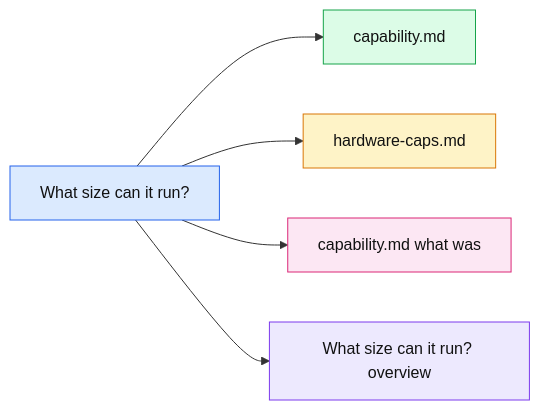
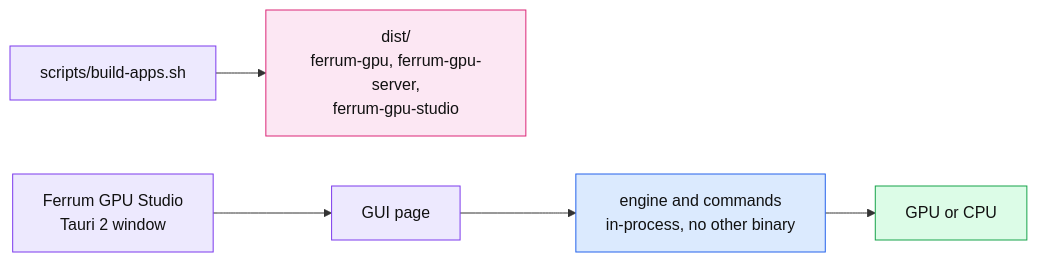
Before and after one commit to thomascherickal/ferrum-gpu: diagram 11 of 21 in readme.md, drawn with Mermaid. The commit also changed other lines of this file and 4 other files, not shown here.

First line of the commit message:
docs: hand-drawn data-flow diagrams for the readme, architecture and GUI pages

````diff
--- a/readme.md
+++ b/readme.md
@@ -318,13 +317,12 @@
 ```mermaid
 flowchart LR
-    a["What size can it run?"]:::root
-    a --> n0["capability.md"]:::c0
-    a --> n1["hardware-caps.md"]:::c1
-    a --> n2["capability.md what was"]:::c2
-    a --> n3["What size can it run? overview"]:::c3
-    classDef root fill:#dbeafe,stroke:#2563eb,color:#111
-    classDef c0 fill:#dcfce7,stroke:#16a34a,color:#111
-    classDef c1 fill:#fef3c7,stroke:#d97706,color:#111
-    classDef c2 fill:#fce7f3,stroke:#db2777,color:#111
-    classDef c3 fill:#ede9fe,stroke:#7c3aed,color:#111
+    sc["scripts/build-apps.sh"]:::host --> di["dist/<br/>ferrum-gpu, ferrum-gpu-server,<br/>ferrum-gpu-studio"]:::io
+    st["Ferrum GPU Studio<br/>Tauri 2 window"]:::host --> pg["GUI page"]:::host
+    pg --> core["engine and commands<br/>in-process, no other binary"]:::core
+    core --> gpu["GPU or CPU"]:::gpu
+    classDef core fill:#dbeafe,stroke:#2563eb,color:#111
+    classDef gpu fill:#dcfce7,stroke:#16a34a,color:#111
+    classDef cpu fill:#fef3c7,stroke:#d97706,color:#111
+    classDef io fill:#fce7f3,stroke:#db2777,color:#111
+    classDef host fill:#ede9fe,stroke:#7c3aed,color:#111
 ```
````
